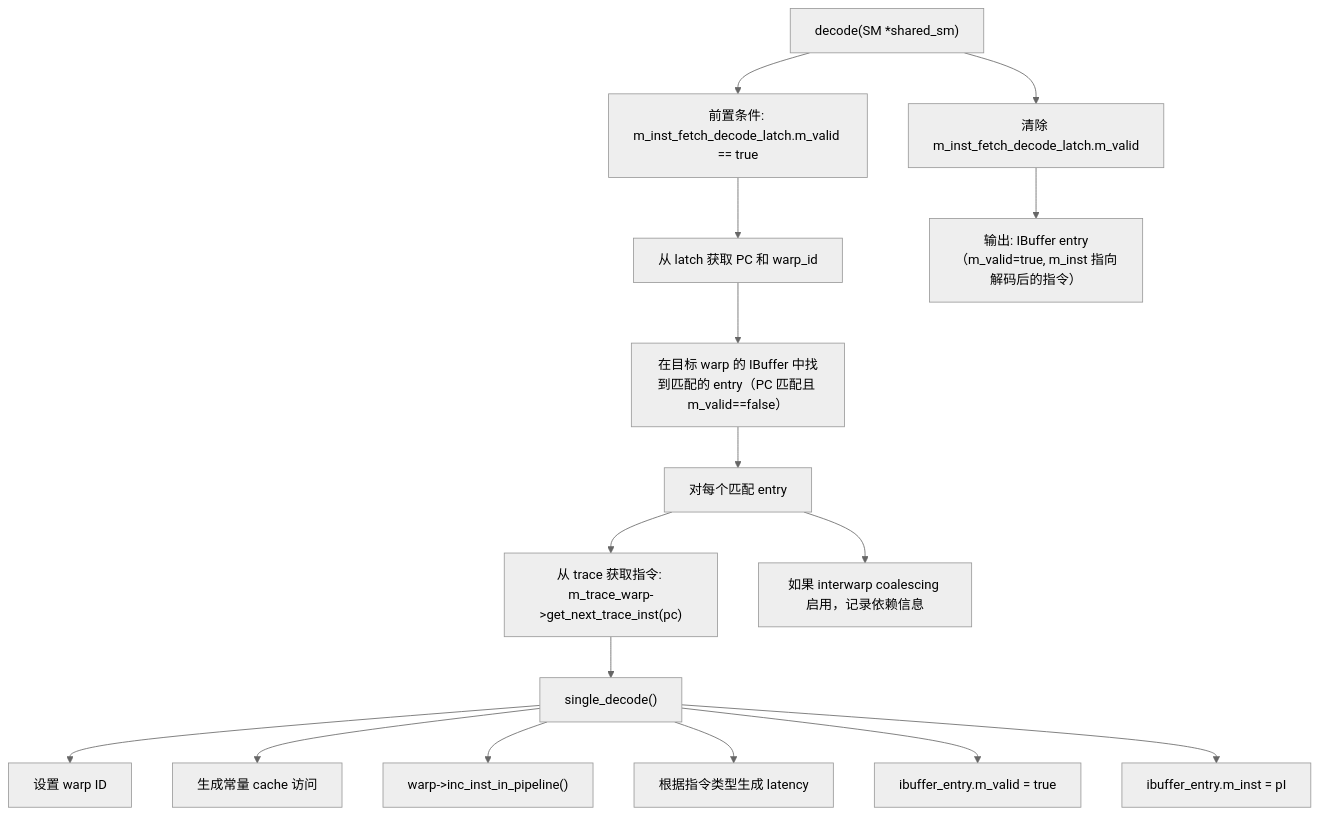
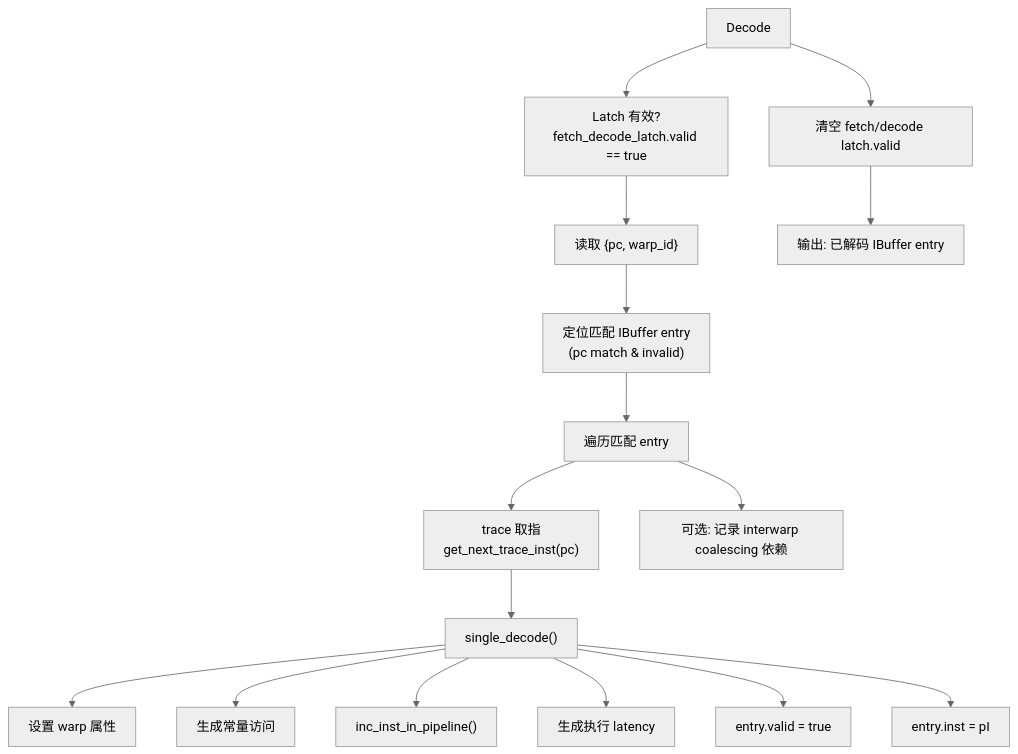
One commit to dzwduan/modern-gpu-simulator-micro-2025 changed the second of 6 diagrams in docs/detailed-design/03A-Subcore前端流水与调度设计.md. Above: the diagram before and after it, drawn with Mermaid (neutral theme). The commit also changed other lines of this file, not shown here.

````diff
--- a/docs/detailed-design/03A-Subcore前端流水与调度设计.md
+++ b/docs/detailed-design/03A-Subcore前端流水与调度设计.md
@@ -88,25 +89,26 @@
 ```mermaid
+%%{init: {'flowchart': {'nodeSpacing': 50, 'rankSpacing': 60, 'padding': 12, 'useMaxWidth': false}} }%%
 flowchart TD
-    DEC["decode(SM *shared_sm)"]
-    PRE["前置条件: m_inst_fetch_decode_latch.m_valid == true"]
-    GET["从 latch 获取 PC 和 warp_id"]
-    FIND["在目标 warp 的 IBuffer 中找到匹配的 entry（PC 匹配且 m_valid==false）"]
-    EACH["对每个匹配 entry"]
-    TRACE["从 trace 获取指令: m_trace_warp->get_next_trace_inst(pc)"]
+    DEC["Decode"]
+    PRE["Latch 有效?<br/>fetch_decode_latch.valid == true"]
+    GET["读取 {pc, warp_id}"]
+    FIND["定位匹配 IBuffer entry<br/>(pc match & invalid)"]
+    EACH["遍历匹配 entry"]
+    TRACE["trace 取指<br/>get_next_trace_inst(pc)"]
     SD["single_decode()"]
-    SD1["设置 warp ID"]
-    SD2["生成常量 cache 访问"]
-    SD3["warp->inc_inst_in_pipeline()"]
-    SD4["根据指令类型生成 latency"]
-    SD5["ibuffer_entry.m_valid = true"]
-    SD6["ibuffer_entry.m_inst = pI"]
-    IWC["如果 interwarp coalescing 启用，记录依赖信息"]
-    CLR["清除 m_inst_fetch_decode_latch.m_valid"]
-    OUT["输出: IBuffer entry（m_valid=true, m_inst 指向解码后的指令）"]
+    SD1["设置 warp 属性"]
+    SD2["生成常量访问"]
+    SD3["inc_inst_in_pipeline()"]
+    SD4["生成执行 latency"]
+    SD5["entry.valid = true"]
+    SD6["entry.inst = pI"]
+    IWC["可选: 记录 interwarp coalescing 依赖"]
+    CLR["清空 fetch/decode latch.valid"]
+    OUT["输出: 已解码 IBuffer entry"]
 
     DEC --> PRE --> GET --> FIND --> EACH
     EACH --> TRACE --> SD
     SD --> SD1 & SD2 & SD3 & SD4 & SD5 & SD6
     EACH --> IWC
     DEC --> CLR --> OUT
 ```
````
